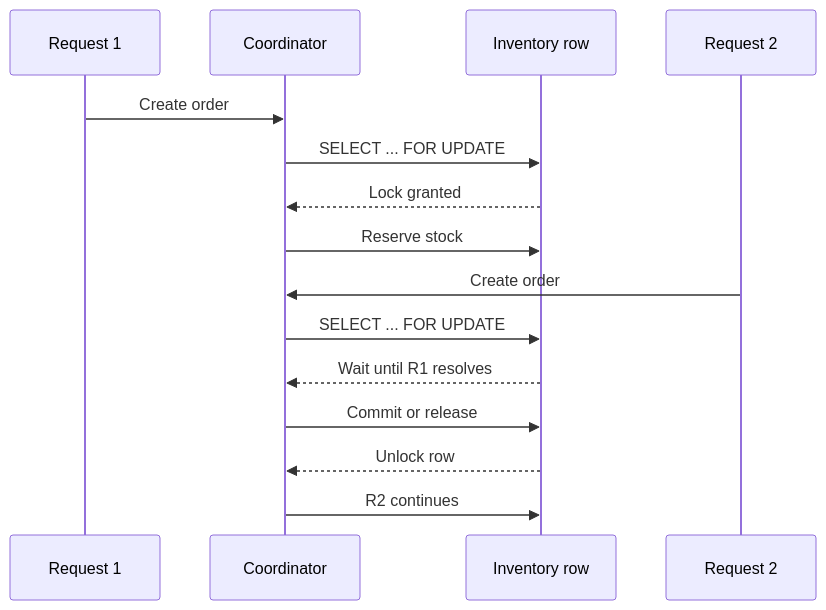
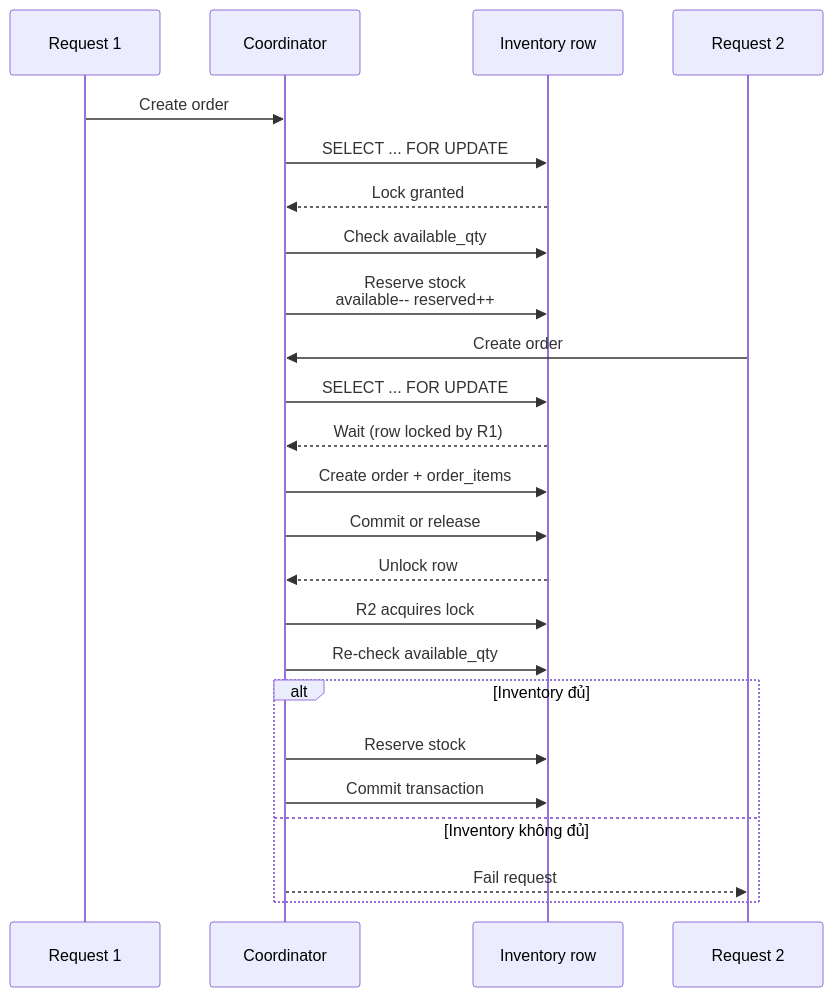
One commit to tranvietanh0/BTL-CSDLPT changed the second of 2 diagrams in docs/06-dong-thoi-va-nhat-quan.md. Above: the diagram before and after it, drawn with Mermaid. The commit also changed other lines of this file and 2 other files, not shown here.

````diff
--- a/docs/06-dong-thoi-va-nhat-quan.md
+++ b/docs/06-dong-thoi-va-nhat-quan.md
@@ -163,18 +249,32 @@
 ```mermaid
 sequenceDiagram
     participant R1 as Request 1
     participant API as Coordinator
     participant DB as Inventory row
     participant R2 as Request 2
 
     R1->>API: Create order
     API->>DB: SELECT ... FOR UPDATE
     DB-->>API: Lock granted
-    API->>DB: Reserve stock
+
+    API->>DB: Check available_qty
+    API->>DB: Reserve stock<br/>available-- reserved++
+
     R2->>API: Create order
     API->>DB: SELECT ... FOR UPDATE
-    DB-->>API: Wait until R1 resolves
+    DB-->>API: Wait (row locked by R1)
+
+    API->>DB: Create order + order_items
     API->>DB: Commit or release
     DB-->>API: Unlock row
-    API->>DB: R2 continues
+
+    API->>DB: R2 acquires lock
+    API->>DB: Re-check available_qty
+
+    alt Inventory đủ
+        API->>DB: Reserve stock
+        API->>DB: Commit transaction
+    else Inventory không đủ
+        API-->>R2: Fail request
+    end
 ```
````
